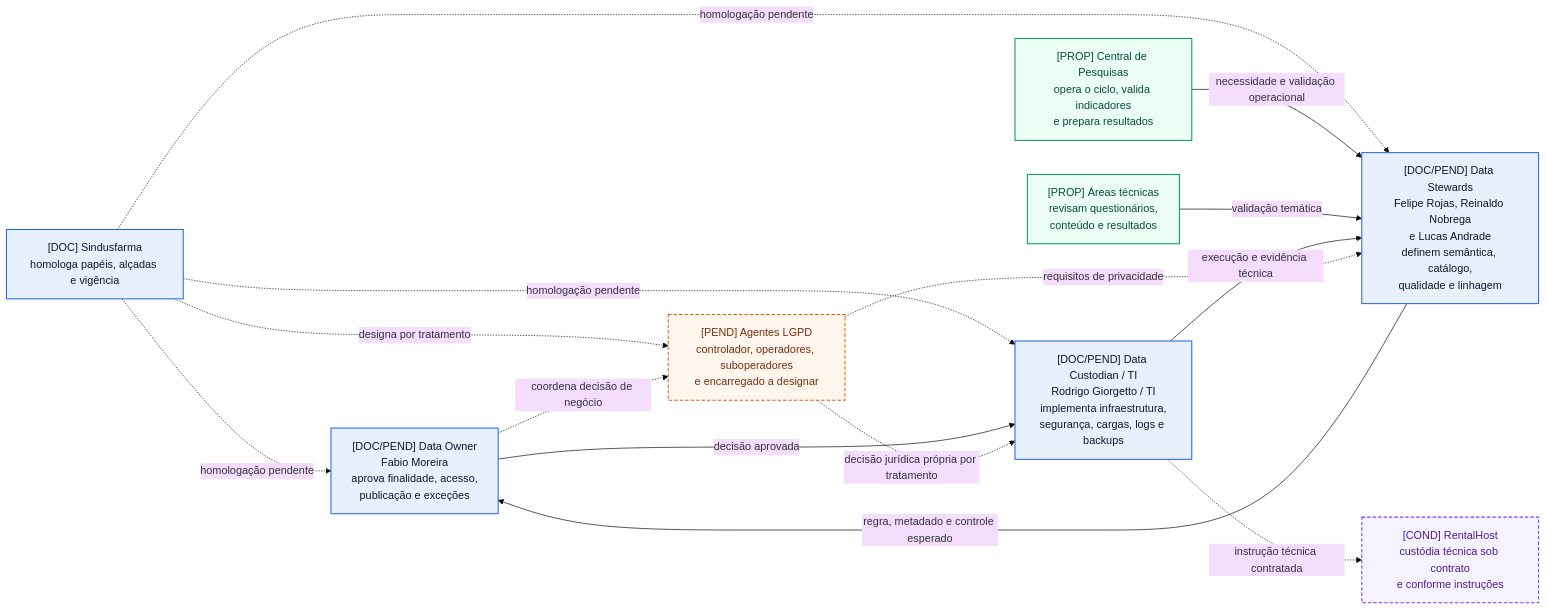
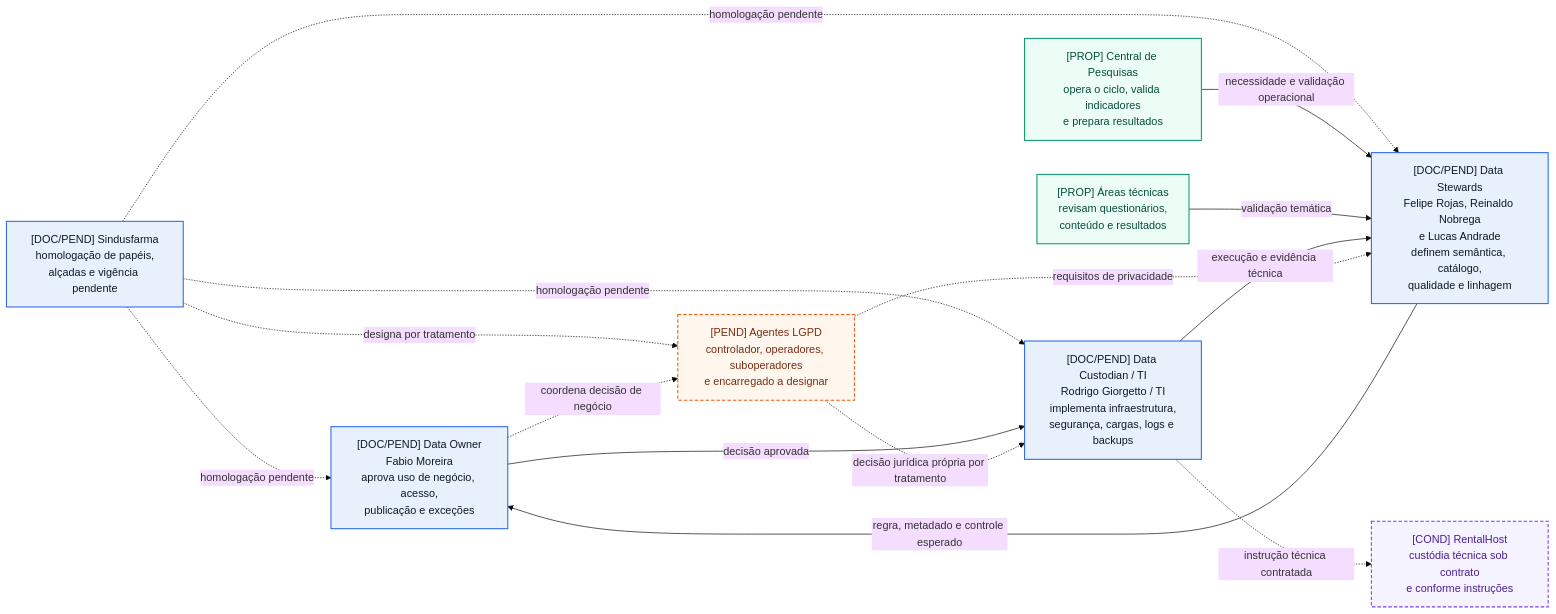
Before and after one commit to balb-0/Synapse: the diagram in docs/Governança-de-Dados-do-Projeto.md, drawn with Mermaid (base theme). The commit also changed other lines of this file, not shown here.

````diff
--- a/docs/Governança-de-Dados-do-Projeto.md
+++ b/docs/Governança-de-Dados-do-Projeto.md
@@ -130,30 +141,30 @@
 ```mermaid
 flowchart LR
-    SIND["[DOC] Sindusfarma<br/>homologa papéis, alçadas e vigência"]:::baseline
-    OWNER["[DOC/PEND] Data Owner<br/>Fabio Moreira<br/>aprova finalidade, acesso,<br/>publicação e exceções"]:::baseline
+    SIND["[DOC/PEND] Sindusfarma<br/>homologação de papéis,<br/>alçadas e vigência pendente"]:::baseline
+    OWNER["[DOC/PEND] Data Owner<br/>Fabio Moreira<br/>aprova uso de negócio, acesso,<br/>publicação e exceções"]:::baseline
     STEWARD["[DOC/PEND] Data Stewards<br/>Felipe Rojas, Reinaldo Nobrega<br/>e Lucas Andrade<br/>definem semântica, catálogo,<br/>qualidade e linhagem"]:::baseline
     CUST["[DOC/PEND] Data Custodian / TI<br/>Rodrigo Giorgetto / TI<br/>implementa infraestrutura,<br/>segurança, cargas, logs e backups"]:::baseline
     CENTRAL["[PROP] Central de Pesquisas<br/>opera o ciclo, valida indicadores<br/>e prepara resultados"]:::proposal
     AREAS["[PROP] Áreas técnicas<br/>revisam questionários,<br/>conteúdo e resultados"]:::proposal
     LEGAL["[PEND] Agentes LGPD<br/>controlador, operadores, suboperadores<br/>e encarregado a designar"]:::pending
     EXT["[COND] RentalHost<br/>custódia técnica sob contrato<br/>e conforme instruções"]:::external
 
     SIND -.->|homologação pendente| OWNER
     SIND -.->|homologação pendente| STEWARD
     SIND -.->|homologação pendente| CUST
     SIND -.->|designa por tratamento| LEGAL
     CENTRAL -->|necessidade e validação operacional| STEWARD
     AREAS -->|validação temática| STEWARD
     STEWARD -->|regra, metadado e controle esperado| OWNER
     OWNER -->|decisão aprovada| CUST
     CUST -->|execução e evidência técnica| STEWARD
     OWNER -.->|coordena decisão de negócio| LEGAL
     LEGAL -.->|decisão jurídica própria por tratamento| CUST
     LEGAL -.->|requisitos de privacidade| STEWARD
     CUST -.->|instrução técnica contratada| EXT
 
     classDef baseline fill:#E8F1FB,stroke:#2563EB,color:#0F172A,stroke-width:1.5px
     classDef proposal fill:#ECFDF5,stroke:#059669,color:#064E3B,stroke-width:1.5px
     classDef pending fill:#FFF7ED,stroke:#EA580C,color:#7C2D12,stroke-width:1.5px,stroke-dasharray:5 3
     classDef external fill:#F5F3FF,stroke:#7C3AED,color:#4C1D95,stroke-width:1.5px,stroke-dasharray:5 3
 ```
````
